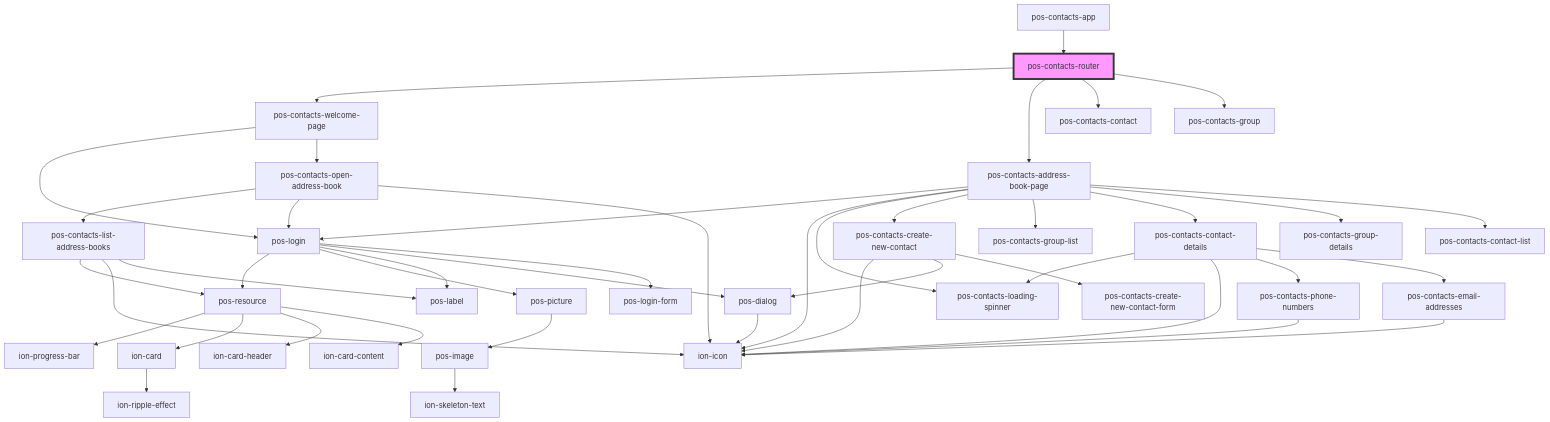
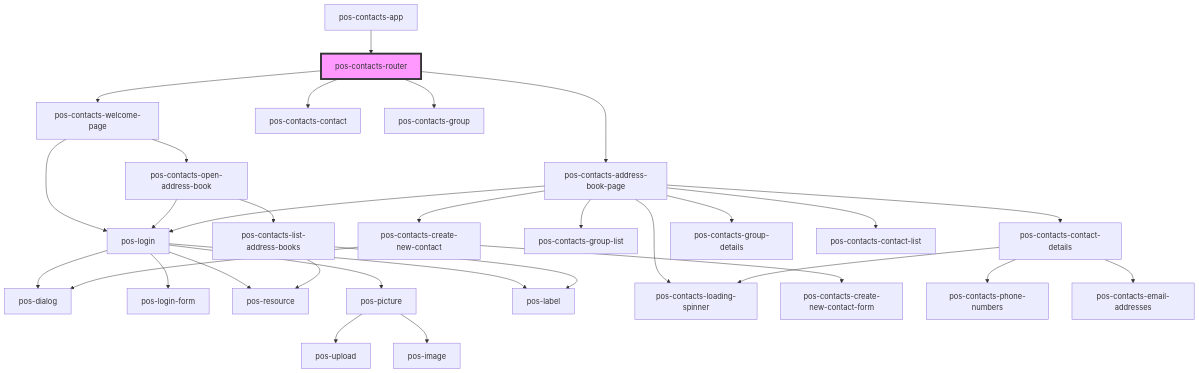
Before and after one commit to pod-os/PodOS: the diagram in contacts/src/components/router/readme.md, drawn with Mermaid. The commit also changed 8 other files, not shown here.

````diff
--- a/contacts/src/components/router/readme.md
+++ b/contacts/src/components/router/readme.md
@@ -22,47 +22,34 @@
 ```mermaid
 graph TD;
   pos-contacts-router --> pos-contacts-welcome-page
   pos-contacts-router --> pos-contacts-address-book-page
   pos-contacts-router --> pos-contacts-contact
   pos-contacts-router --> pos-contacts-group
   pos-contacts-welcome-page --> pos-login
   pos-contacts-welcome-page --> pos-contacts-open-address-book
+  pos-login --> pos-dialog
+  pos-login --> pos-login-form
   pos-login --> pos-resource
   pos-login --> pos-picture
   pos-login --> pos-label
-  pos-login --> pos-dialog
-  pos-login --> pos-login-form
-  pos-resource --> ion-progress-bar
-  pos-resource --> ion-card
-  pos-resource --> ion-card-header
-  pos-resource --> ion-card-content
-  ion-card --> ion-ripple-effect
+  pos-picture --> pos-upload
   pos-picture --> pos-image
-  pos-image --> ion-skeleton-text
-  pos-dialog --> ion-icon
   pos-contacts-open-address-book --> pos-contacts-list-address-books
   pos-contacts-open-address-book --> pos-login
-  pos-contacts-open-address-book --> ion-icon
   pos-contacts-list-address-books --> pos-resource
-  pos-contacts-list-address-books --> ion-icon
   pos-contacts-list-address-books --> pos-label
   pos-contacts-address-book-page --> pos-login
-  pos-contacts-address-book-page --> ion-icon
   pos-contacts-address-book-page --> pos-contacts-loading-spinner
   pos-contacts-address-book-page --> pos-contacts-create-new-contact
   pos-contacts-address-book-page --> pos-contacts-group-list
   pos-contacts-address-book-page --> pos-contacts-contact-details
   pos-contacts-address-book-page --> pos-contacts-group-details
   pos-contacts-address-book-page --> pos-contacts-contact-list
-  pos-contacts-create-new-contact --> ion-icon
   pos-contacts-create-new-contact --> pos-dialog
   pos-contacts-create-new-contact --> pos-contacts-create-new-contact-form
   pos-contacts-contact-details --> pos-contacts-loading-spinner
-  pos-contacts-contact-details --> ion-icon
   pos-contacts-contact-details --> pos-contacts-phone-numbers
   pos-contacts-contact-details --> pos-contacts-email-addresses
-  pos-contacts-phone-numbers --> ion-icon
-  pos-contacts-email-addresses --> ion-icon
   pos-contacts-app --> pos-contacts-router
   style pos-contacts-router fill:#f9f,stroke:#333,stroke-width:4px
 ```
````
